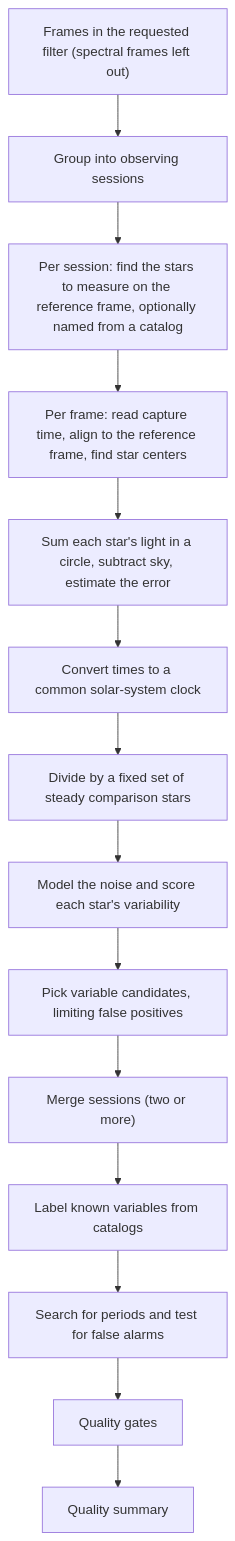
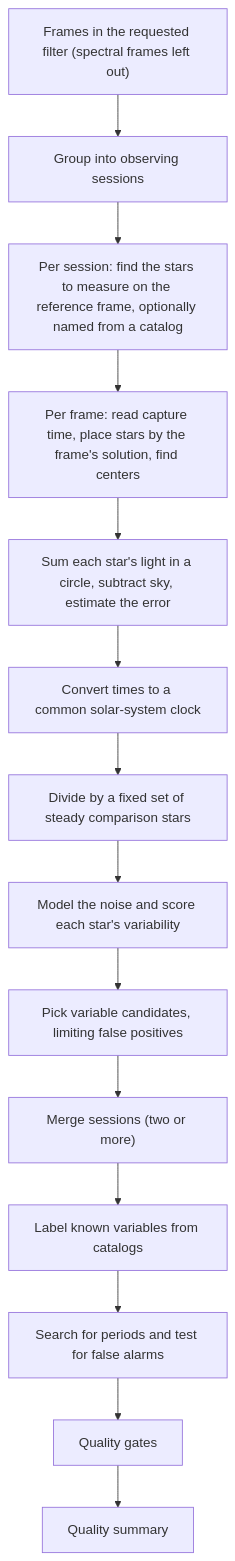
One commit to m1chae2/astrometrics changed the diagram in documentation/library_design/pipelines/photometry.md. Above: the diagram before and after it, drawn with Mermaid. The commit also changed other lines of this file and 36 other files, not shown here.

Commit message:
refactor: photometry places stars through each frame's own Siril plate solution, drift tracking removed (#182)

````diff
--- a/documentation/library_design/pipelines/photometry.md
+++ b/documentation/library_design/pipelines/photometry.md
@@ -27,16 +27,16 @@
 ```mermaid
 flowchart TD
     A["Frames in the requested filter (spectral frames left out)"] --> B["Group into observing sessions"]
     B --> C["Per session: find the stars to measure on the reference frame, optionally named from a catalog"]
-    C --> D["Per frame: read capture time, align to the reference frame, find star centers"]
+    C --> D["Per frame: read capture time, place stars by the frame's solution, find centers"]
     D --> E["Sum each star's light in a circle, subtract sky, estimate the error"]
     E --> F["Convert times to a common solar-system clock"]
     F --> G["Divide by a fixed set of steady comparison stars"]
     G --> H["Model the noise and score each star's variability"]
     H --> I["Pick variable candidates, limiting false positives"]
     I --> J["Merge sessions (two or more)"]
     J --> K["Label known variables from catalogs"]
     K --> L["Search for periods and test for false alarms"]
     L --> M["Quality gates"]
     M --> N["Quality summary"]
 ```
````
